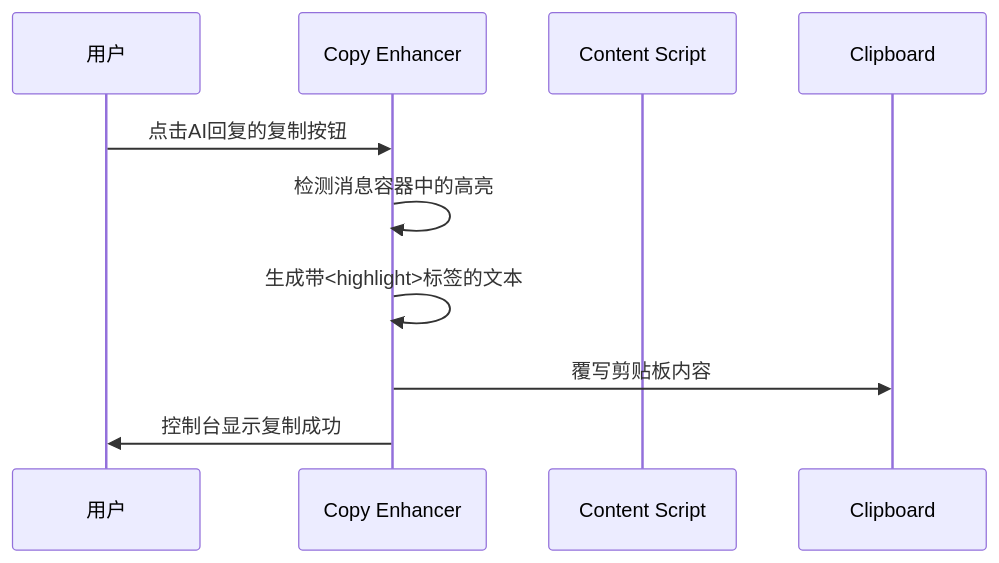
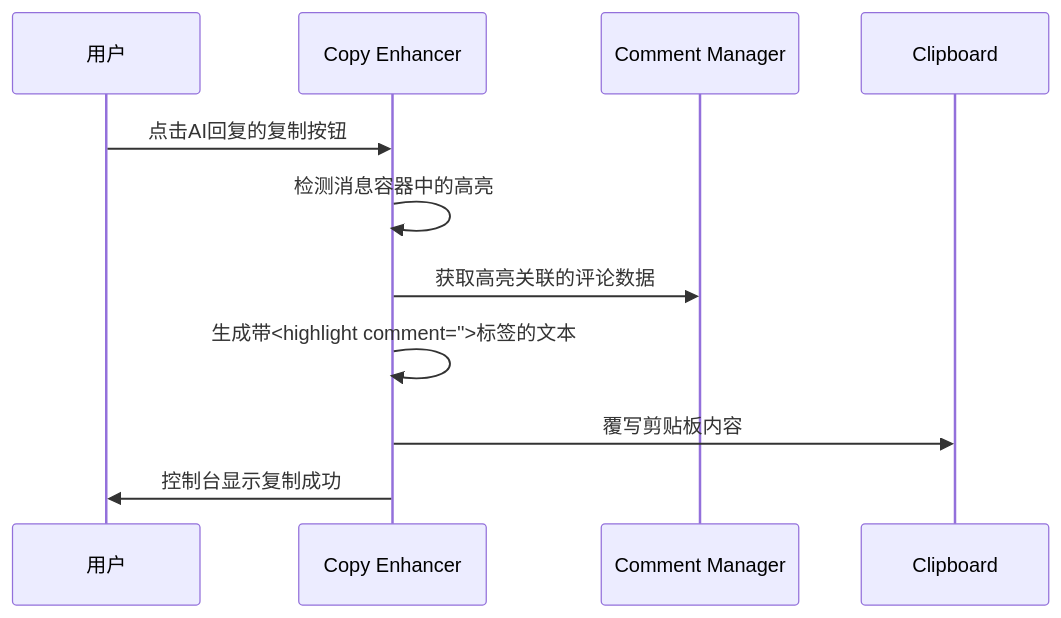
The third of 6 diagrams in specs/ai-highlight-assistant/design.md (MarssZ/Highlight-by-Marss), drawn with Mermaid before and after one commit. The commit also changed other lines of this file and 5 other files, not shown here.

````diff
--- a/specs/ai-highlight-assistant/design.md
+++ b/specs/ai-highlight-assistant/design.md
@@ -113,13 +156,14 @@
 ```mermaid
 sequenceDiagram
     participant U as 用户
     participant E as Copy Enhancer
-    participant C as Content Script
+    participant CM as Comment Manager
     participant CB as Clipboard
     
     U->>E: 点击AI回复的复制按钮
     E->>E: 检测消息容器中的高亮
-    E->>E: 生成带<highlight>标签的文本
+    E->>CM: 获取高亮关联的评论数据
+    E->>E: 生成带<highlight comment="">标签的文本
     E->>CB: 覆写剪贴板内容
     E->>U: 控制台显示复制成功
 ```
````
